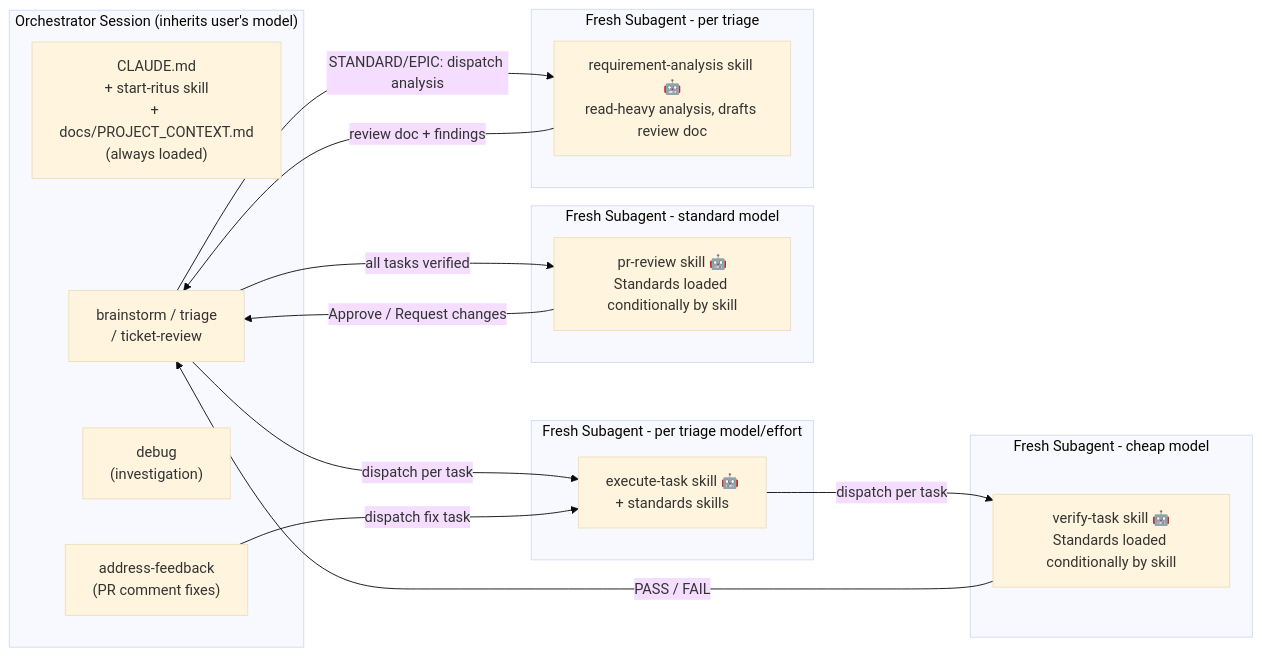
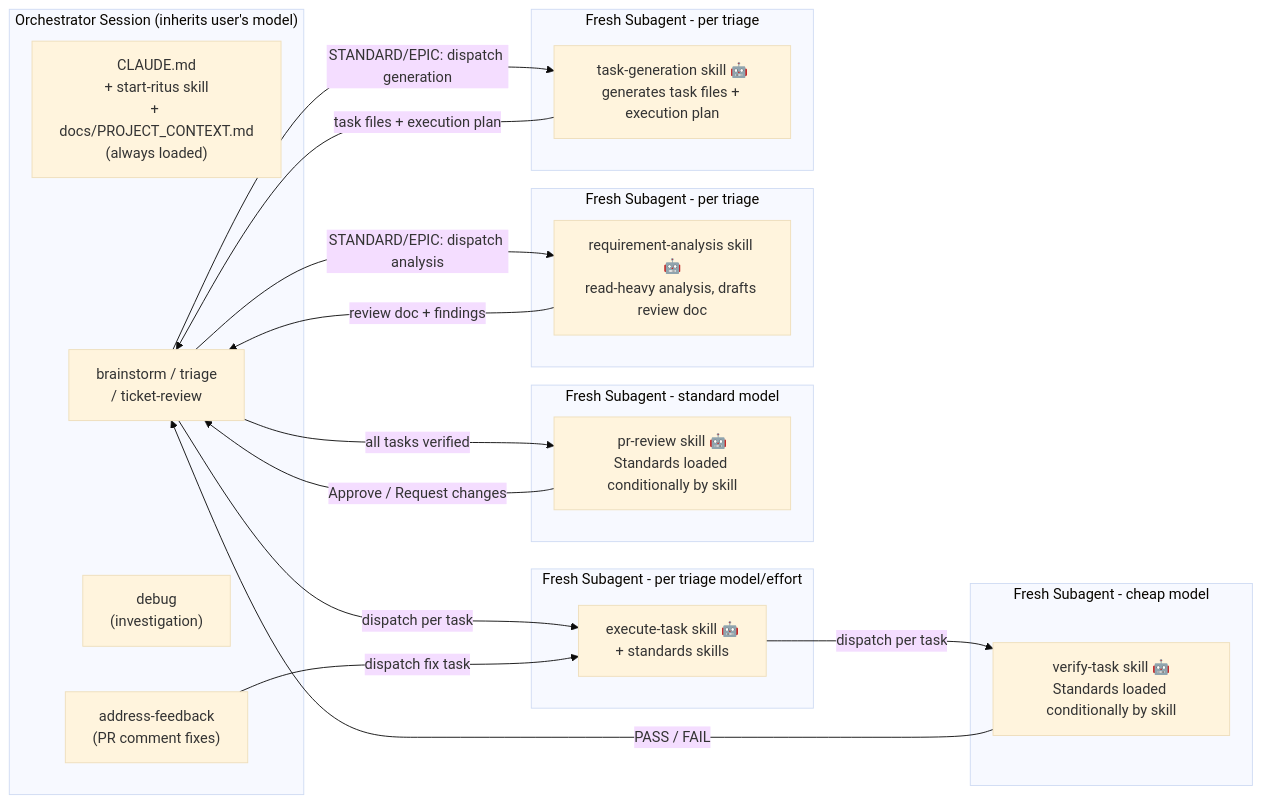
The sixth of 8 diagrams in docs/WORKFLOW_DIAGRAMS.md (precise-alloy/ritus), drawn with Mermaid (base theme) before and after one commit. The commit also changed other lines of this file and 11 other files, not shown here.

Commit message:
feat: task generation skill

````diff
--- a/docs/WORKFLOW_DIAGRAMS.md
+++ b/docs/WORKFLOW_DIAGRAMS.md
@@ -209,34 +209,40 @@
 ```mermaid
 flowchart LR
     subgraph "Orchestrator Session (inherits user's model)"
         A["CLAUDE.md\n+ start-ritus skill\n+ docs/PROJECT_CONTEXT.md\n(always loaded)"]
         B["brainstorm / triage\n/ ticket-review"]
         D["debug\n(investigation)"]
         E["address-feedback\n(PR comment fixes)"]
     end
 
     subgraph "Fresh Subagent - per triage model/effort"
         C["execute-task skill 🤖\n+ standards skills"]
     end
 
     subgraph "Fresh Subagent - cheap model"
         V["verify-task skill 🤖\nStandards loaded conditionally by skill"]
     end
 
     subgraph "Fresh Subagent - standard model"
         R["pr-review skill 🤖\nStandards loaded conditionally by skill"]
     end
 
     subgraph "Fresh Subagent - per triage"
         RA["requirement-analysis skill 🤖\nread-heavy analysis, drafts review doc"]
     end
 
+    subgraph "Fresh Subagent - per triage"
+        TG["task-generation skill 🤖\ngenerates task files + execution plan"]
+    end
+
     B -- "STANDARD/EPIC: dispatch analysis" --> RA
     RA -- "review doc + findings" --> B
+    B -- "STANDARD/EPIC: dispatch generation" --> TG
+    TG -- "task files + execution plan" --> B
     B -- "dispatch per task" --> C
     C -- "dispatch per task" --> V
     V -- "PASS / FAIL" --> B
     B -- "all tasks verified" --> R
     R -- "Approve / Request changes" --> B
     E -- "dispatch fix task" --> C
 ```
````
